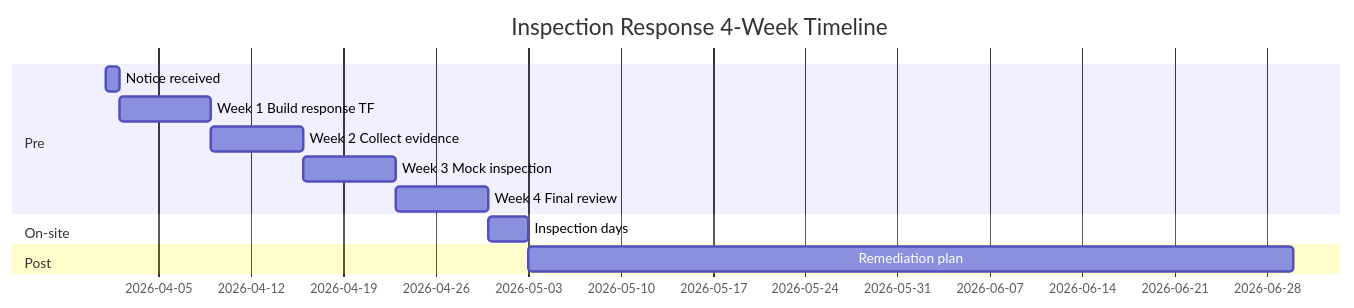
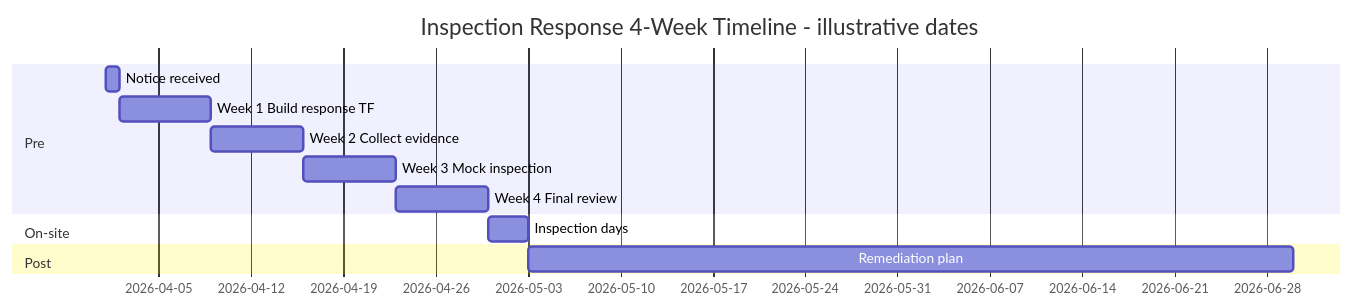
The second of 4 diagrams in en/inspection-response-full.md (lala-david/aml-notes), drawn with Mermaid before and after one commit. The commit also changed other lines of this file and 233 other files, not shown here.

````diff
--- a/en/inspection-response-full.md
+++ b/en/inspection-response-full.md
@@ -72,15 +84,15 @@
 ```mermaid
 gantt
-    title Inspection Response 4-Week Timeline
+    title Inspection Response 4-Week Timeline - illustrative dates
     dateFormat  YYYY-MM-DD
     section Pre
     Notice received          :a1, 2026-04-01, 1d
     Week 1 Build response TF :a2, 2026-04-02, 7d
     Week 2 Collect evidence  :a3, 2026-04-09, 7d
     Week 3 Mock inspection   :a4, 2026-04-16, 7d
     Week 4 Final review      :a5, 2026-04-23, 7d
     section On-site
     Inspection days          :b1, 2026-04-30, 3d
     section Post
     Remediation plan         :c1, 2026-05-03, 58d
 ```
````
